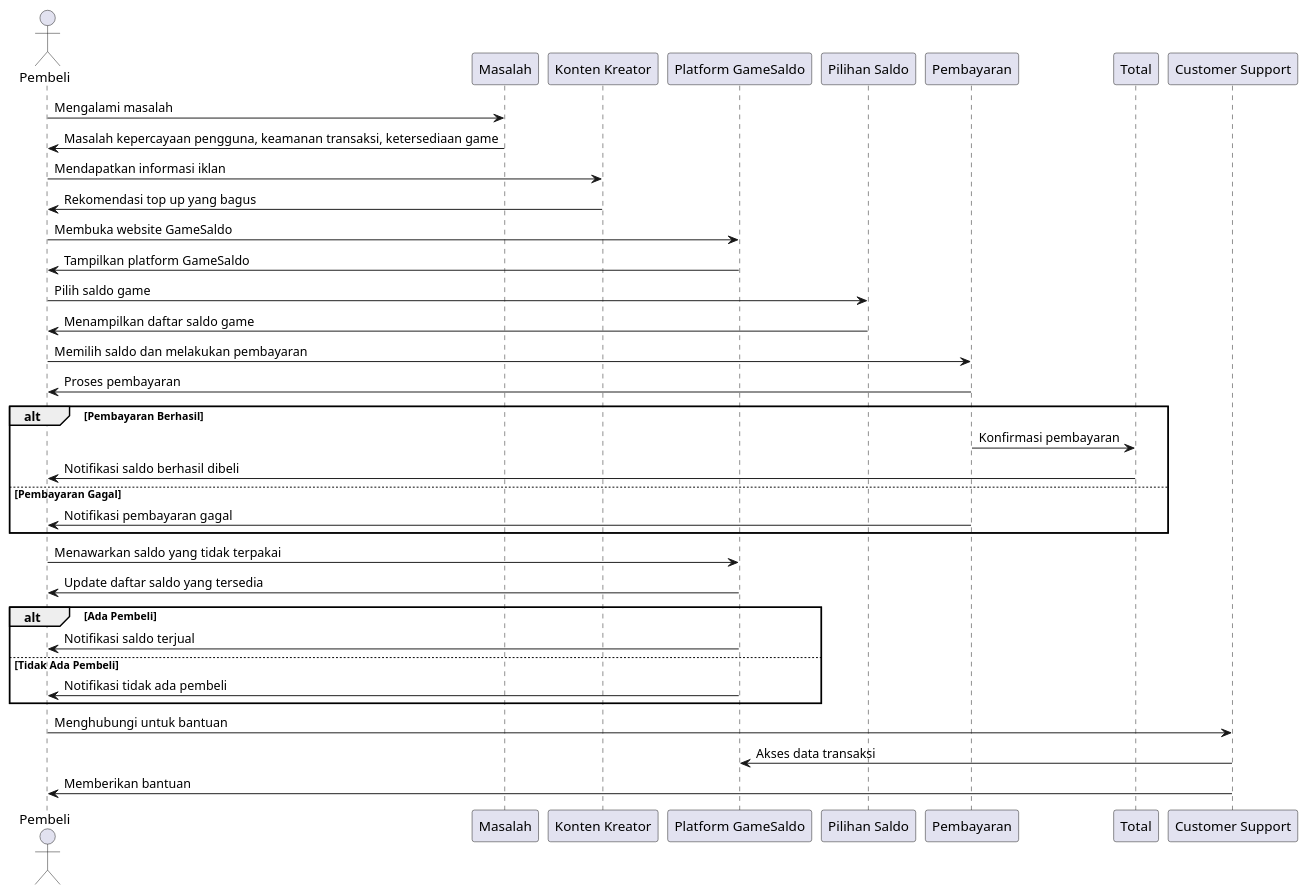
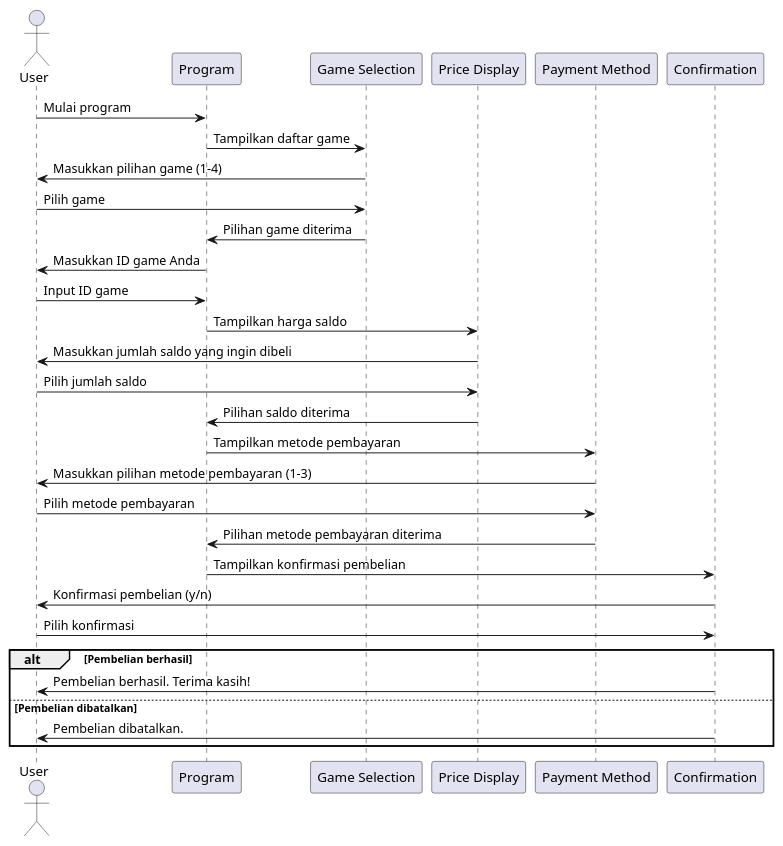
The diagram in pert8/diagram.puml (piowarior/bhs_pemrograman), drawn with PlantUML before and after one commit. The commit also changed 1 other file, not shown here.

```diff
--- a/pert8/diagram.puml
+++ b/pert8/diagram.puml
@@ -1,47 +1,39 @@
 @startuml
 
-actor Pembeli
-participant "Masalah" as masalah
-participant "Konten Kreator" as konten
-participant "Platform GameSaldo" as gamesaldo
-participant "Pilihan Saldo" as saldo
-participant "Pembayaran" as bayar
-participant "Total" as total
-participant "Customer Support" as support
+actor User
+participant "Program" as p
+participant "Game Selection" as gs
+participant "Price Display" as pd
+participant "Payment Method" as pm
+participant "Confirmation" as conf
 
-Pembeli -> masalah : Mengalami masalah
-masalah -> Pembeli : Masalah kepercayaan pengguna, keamanan transaksi, ketersediaan game
+User -> p : Mulai program
+p -> gs : Tampilkan daftar game
+gs -> User : Masukkan pilihan game (1-4)
+User -> gs : Pilih game
+gs -> p : Pilihan game diterima
 
-Pembeli -> konten : Mendapatkan informasi iklan
-konten -> Pembeli : Rekomendasi top up yang bagus
+p -> User : Masukkan ID game Anda
+User -> p : Input ID game
 
-Pembeli -> gamesaldo : Membuka website GameSaldo
-gamesaldo -> Pembeli : Tampilkan platform GameSaldo
+p -> pd : Tampilkan harga saldo
+pd -> User : Masukkan jumlah saldo yang ingin dibeli
+User -> pd : Pilih jumlah saldo
+pd -> p : Pilihan saldo diterima
 
-Pembeli -> saldo : Pilih saldo game
-saldo -> Pembeli : Menampilkan daftar saldo game
+p -> pm : Tampilkan metode pembayaran
+pm -> User : Masukkan pilihan metode pembayaran (1-3)
+User -> pm : Pilih metode pembayaran
+pm -> p : Pilihan metode pembayaran diterima
 
-Pembeli -> bayar : Memilih saldo dan melakukan pembayaran
-bayar -> Pembeli : Proses pembayaran
+p -> conf : Tampilkan konfirmasi pembelian
+conf -> User : Konfirmasi pembelian (y/n)
+User -> conf : Pilih konfirmasi
 
-alt Pembayaran Berhasil
-  bayar -> total : Konfirmasi pembayaran
-  total -> Pembeli : Notifikasi saldo berhasil dibeli
-else Pembayaran Gagal
-  bayar -> Pembeli : Notifikasi pembayaran gagal
+alt Pembelian berhasil
+  conf -> User : Pembelian berhasil. Terima kasih!
+else Pembelian dibatalkan
+  conf -> User : Pembelian dibatalkan.
 end
 
-Pembeli -> gamesaldo : Menawarkan saldo yang tidak terpakai
-gamesaldo -> Pembeli : Update daftar saldo yang tersedia
-
-alt Ada Pembeli
-  gamesaldo -> Pembeli : Notifikasi saldo terjual
-else Tidak Ada Pembeli
-  gamesaldo -> Pembeli : Notifikasi tidak ada pembeli
-end
-
-Pembeli -> support : Menghubungi untuk bantuan
-support -> gamesaldo : Akses data transaksi
-support -> Pembeli : Memberikan bantuan
-
 @enduml
```
